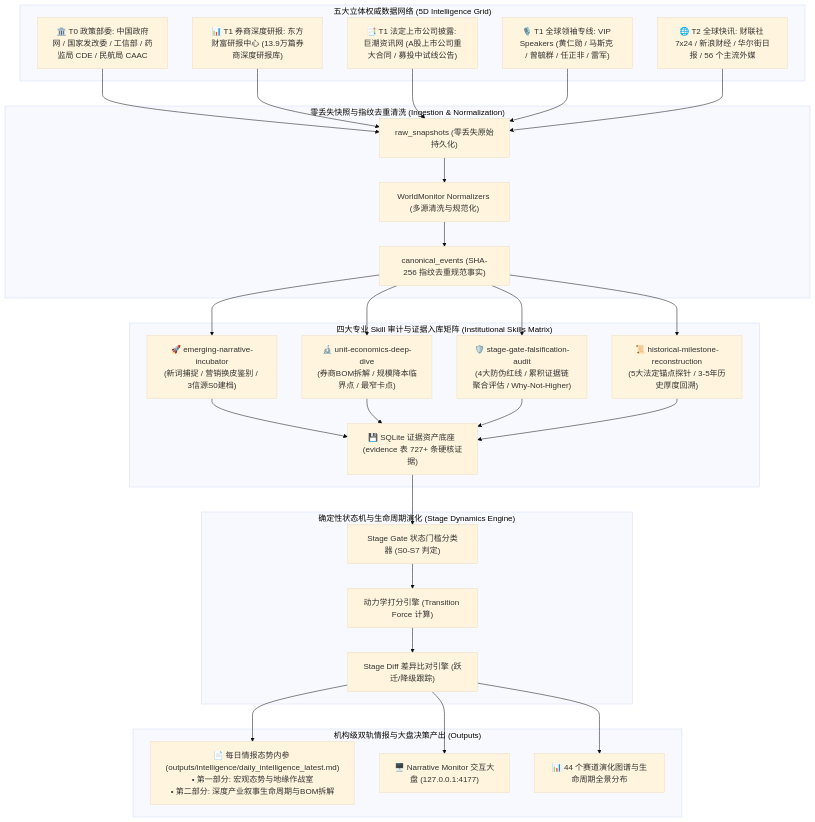
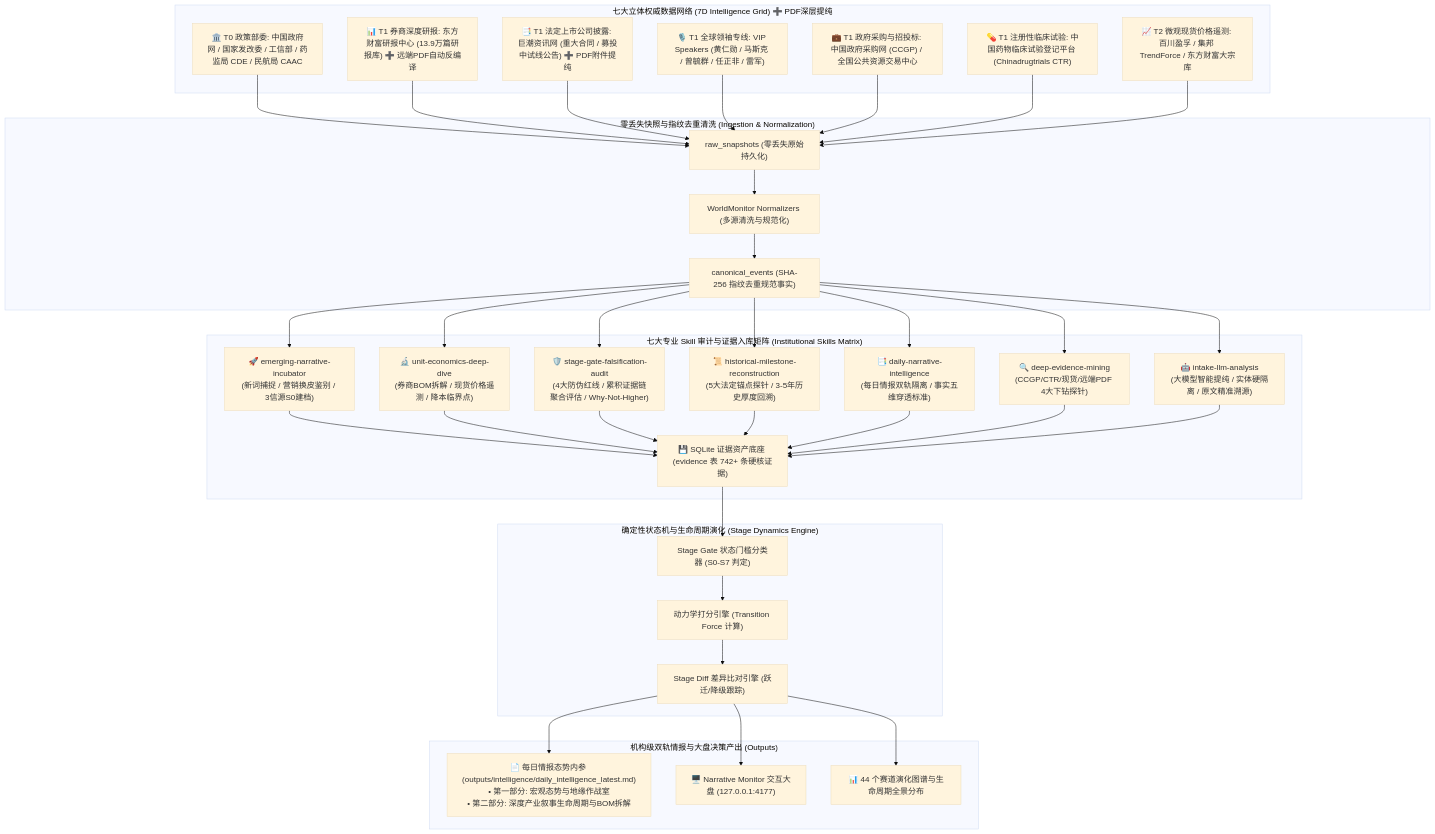
One commit to Waloncycler/narrative-lifecycle changed the second of 2 diagrams in README.md. Above: the diagram before and after it, drawn with Mermaid (base theme). The commit also changed other lines of this file, not shown here.

Commit message:
docs(readme): update roadmap to reflect v0.15-v0.18 completions and synchronize 7D intelligence grid with 7 skills

````diff
--- a/README.md
+++ b/README.md
@@ -297,36 +297,41 @@
 ```mermaid
 flowchart TD
-    subgraph G1 ["五大立体权威数据网络 (5D Intelligence Grid)"]
+    subgraph G1 ["七大立体权威数据网络 (7D Intelligence Grid) ➕ PDF深层提纯"]
         S1["🏛️ T0 政策部委: 中国政府网 / 国家发改委 / 工信部 / 药监局 CDE / 民航局 CAAC"]
-        S2["📊 T1 券商深度研报: 东方财富研报中心 (13.9万篇券商深度研报库)"]
-        S3["📑 T1 法定上市公司披露: 巨潮资讯网 (A股上市公司重大合同 / 募投中试线公告)"]
+        S2["📊 T1 券商深度研报: 东方财富研报中心 (13.9万篇研报库) ➕ 远端PDF自动反编译"]
+        S3["📑 T1 法定上市公司披露: 巨潮资讯网 (重大合同 / 募投中试线公告) ➕ PDF附件提纯"]
         S4["🎙️ T1 全球领袖专线: VIP Speakers (黄仁勋 / 马斯克 / 曾毓群 / 任正非 / 雷军)"]
-        S5["🌐 T2 全球快讯: 财联社 7x24 / 新浪财经 / 华尔街日报 / 56 个主流外媒"]
+        S5["💼 T1 政府采购与招投标: 中国政府采购网 (CCGP) / 全国公共资源交易中心"]
+        S6["💊 T1 注册性临床试验: 中国药物临床试验登记平台 (Chinadrugtrials CTR)"]
+        S7["📈 T2 微观现货价格遥测: 百川盈孚 / 集邦 TrendForce / 东方财富大宗库"]
     end
 
     subgraph G2 ["零丢失快照与指纹去重清洗 (Ingestion & Normalization)"]
-        S1 & S2 & S3 & S4 & S5 --> RAW["raw_snapshots (零丢失原始持久化)"]
+        S1 & S2 & S3 & S4 & S5 & S6 & S7 --> RAW["raw_snapshots (零丢失原始持久化)"]
         RAW --> NORM["WorldMonitor Normalizers (多源清洗与规范化)"]
         NORM --> CE["canonical_events (SHA-256 指纹去重规范事实)"]
     end
 
-    subgraph G3 ["四大专业 Skill 审计与证据入库矩阵 (Institutional Skills Matrix)"]
+    subgraph G3 ["七大专业 Skill 审计与证据入库矩阵 (Institutional Skills Matrix)"]
         CE --> SK1["🚀 emerging-narrative-incubator<br>(新词捕捉 / 营销换皮鉴别 / 3信源S0建档)"]
-        CE --> SK2["🔬 unit-economics-deep-dive<br>(券商BOM拆解 / 规模降本临界点 / 最窄卡点)"]
+        CE --> SK2["🔬 unit-economics-deep-dive<br>(券商BOM拆解 / 现货价格遥测 / 降本临界点)"]
         CE --> SK3["🛡️ stage-gate-falsification-audit<br>(4大防伪红线 / 累积证据链聚合评估 / Why-Not-Higher)"]
         CE --> SK4["📜 historical-milestone-reconstruction<br>(5大法定锚点探针 / 3-5年历史厚度回溯)"]
-        SK1 & SK2 & SK3 & SK4 --> ET["💾 SQLite 证据资产底座 (evidence 表 727+ 条硬核证据)"]
+        CE --> SK5["📑 daily-narrative-intelligence<br>(每日情报双轨隔离 / 事实五维穿透标准)"]
+        CE --> SK6["🔍 deep-evidence-mining<br>(CCGP/CTR/现货/远端PDF 4大下钻探针)"]
+        CE --> SK7["🤖 intake-llm-analysis<br>(大模型智能提纯 / 实体硬隔离 / 原文精准溯源)"]
+        SK1 & SK2 & SK3 & SK4 & SK5 & SK6 & SK7 --> ET["💾 SQLite 证据资产底座 (evidence 表 742+ 条硬核证据)"]
     end
 
     subgraph G4 ["确定性状态机与生命周期演化 (Stage Dynamics Engine)"]
         ET --> SG["Stage Gate 状态门槛分类器 (S0-S7 判定)"]
         SG --> SE["动力学打分引擎 (Transition Force 计算)"]
         SE --> DIFF["Stage Diff 差异比对引擎 (跃迁/降级跟踪)"]
     end
 
     subgraph G5 ["机构级双轨情报与大盘决策产出 (Outputs)"]
         DIFF --> RPT["📄 每日情报态势内参 (outputs/intelligence/daily_intelligence_latest.md)<br>• 第一部分: 宏观态势与地缘作战室<br>• 第二部分: 深度产业叙事生命周期与BOM拆解"]
         DIFF --> UI["🖥️ Narrative Monitor 交互大盘 (127.0.0.1:4177)"]
         DIFF --> DC["📊 44 个赛道演化图谱与生命周期全景分布"]
     end
 ```
````
